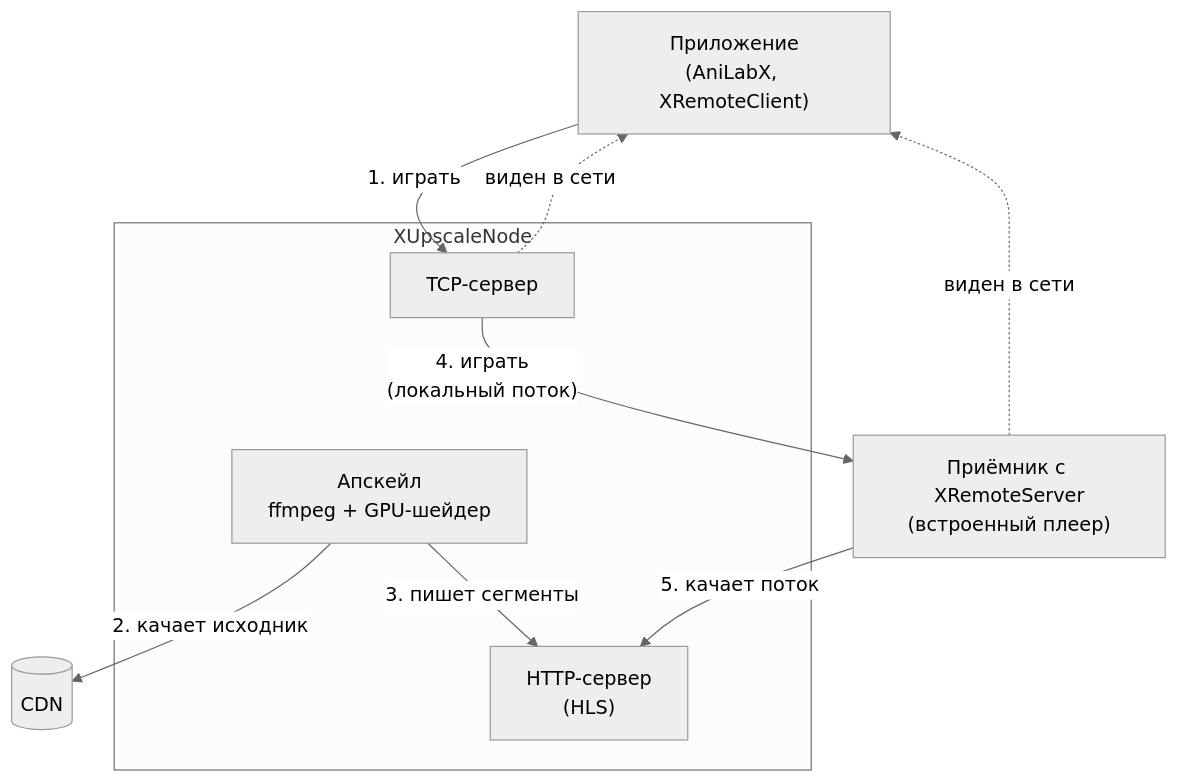
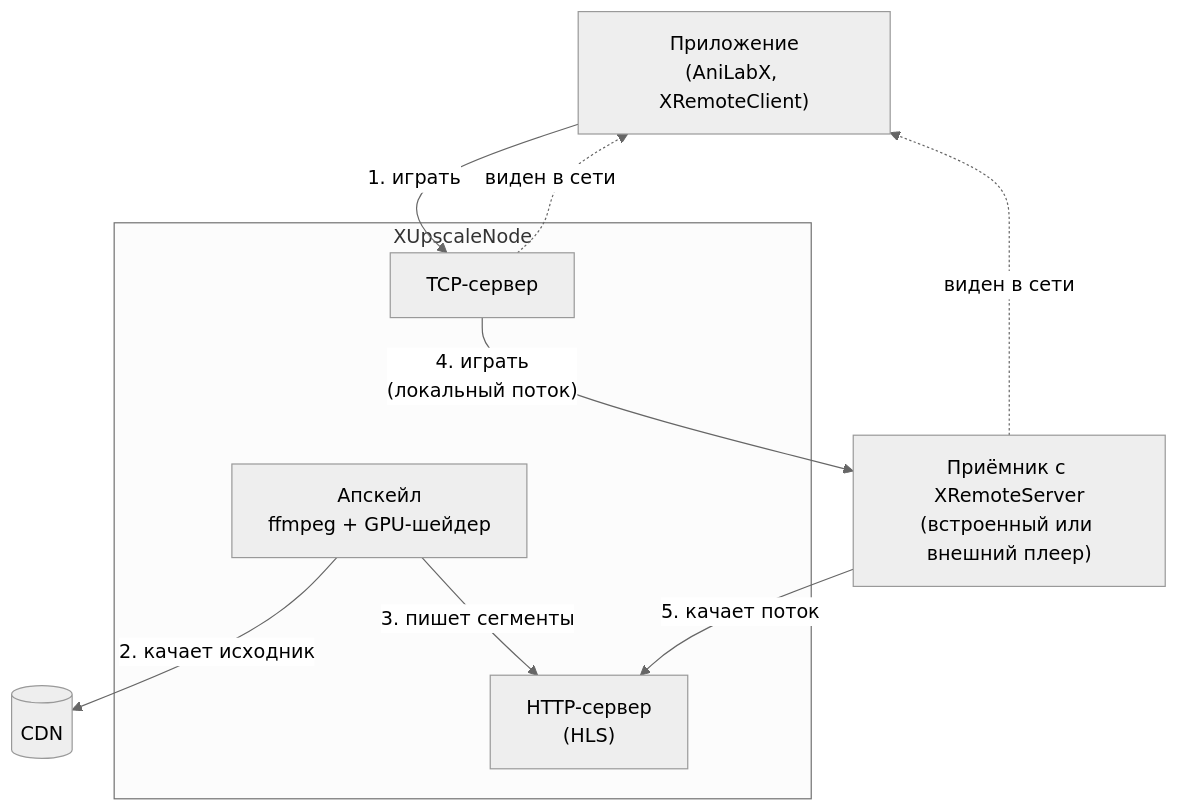
The first of 2 diagrams in README.md (ItsRainingToday/XUpscaleNode), drawn with Mermaid (neutral theme) before and after one commit.

````diff
--- a/README.md
+++ b/README.md
@@ -33,20 +33,20 @@
 ```mermaid
 flowchart TD
     A["Приложение\n(AniLabX, XRemoteClient)"]
-    E["Приёмник c XRemoteServer\n(встроенный плеер)"]
+    E["Приёмник c XRemoteServer\n(встроенный или внешний плеер)"]
     F[("CDN")]
 
     subgraph node["XUpscaleNode"]
         B["TCP-сервер"]
         C["Апскейл\nffmpeg + GPU-шейдер"]
         D["HTTP-сервер\n(HLS)"]
     end
 
     B -. "виден в сети" .-> A
     E -. "виден в сети" .-> A
     A -- "1. играть" --> B
     C -- "2. качает исходник" --> F
     C -- "3. пишет сегменты" --> D
     B -- "4. играть\n(локальный поток)" --> E
     E -- "5. качает поток" --> D
 ```
````
